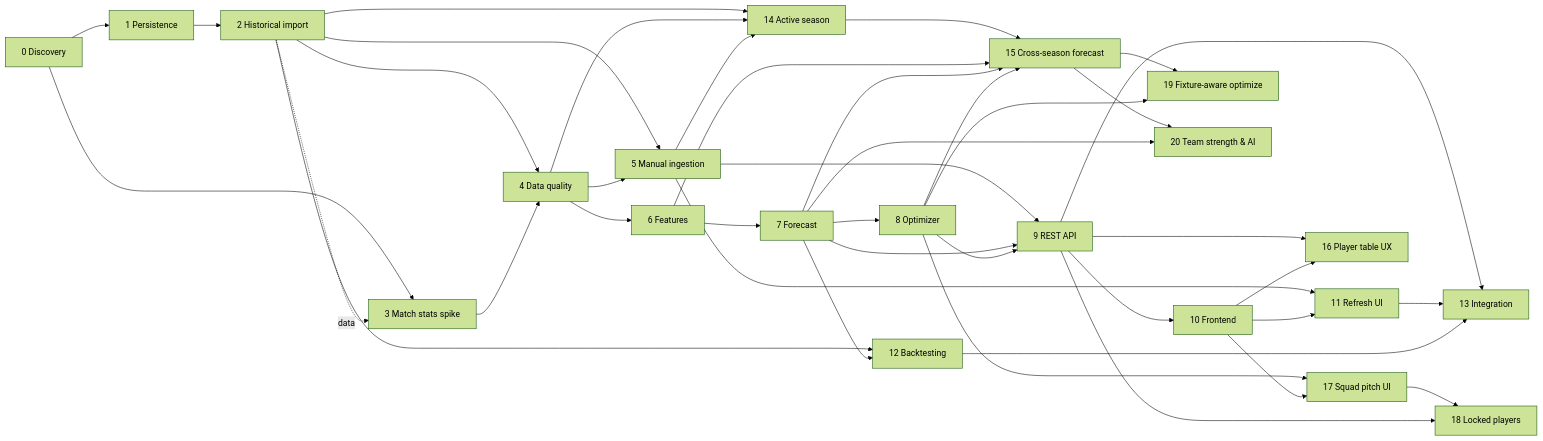
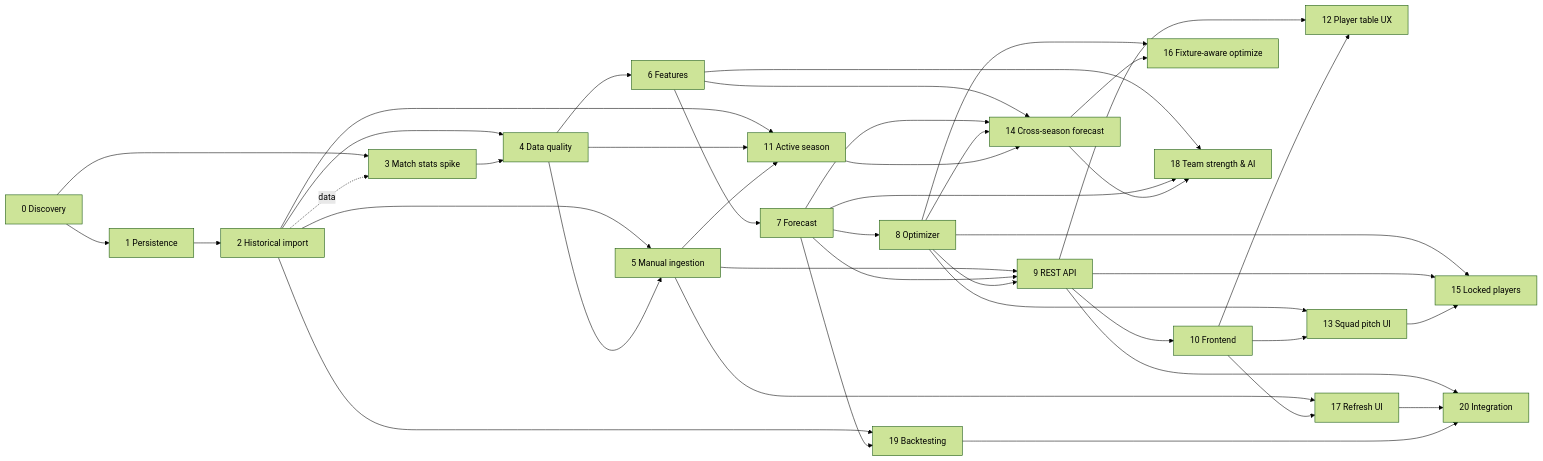
The diagram in docs/development-plan.md (smokebeliu/fantasy-analytic), drawn with Mermaid (forest theme) before and after one commit. The commit also changed other lines of this file and 1 other file, not shown here.

````diff
--- a/docs/development-plan.md
+++ b/docs/development-plan.md
@@ -134,42 +136,44 @@
 ```mermaid
 flowchart LR
     S0[0 Discovery] --> S1[1 Persistence]
     S0 --> S3[3 Match stats spike]
     S1 --> S2[2 Historical import]
     S2 -. data .-> S3
     S2 --> S4[4 Data quality]
     S3 --> S4
     S2 --> S5[5 Manual ingestion]
     S4 --> S5
     S4 --> S6[6 Features]
     S6 --> S7[7 Forecast]
     S7 --> S8[8 Optimizer]
     S5 --> S9[9 REST API]
     S7 --> S9
     S8 --> S9
     S9 --> S10[10 Frontend]
-    S5 --> S11[11 Refresh UI]
-    S10 --> S11
-    S2 --> S12[12 Backtesting]
-    S7 --> S12
-    S9 --> S13[13 Integration]
-    S11 --> S13
-    S12 --> S13
-    S2 --> S14[14 Active season]
-    S4 --> S14
-    S5 --> S14
-    S14 --> S15[15 Cross-season forecast]
-    S6 --> S15
-    S7 --> S15
-    S8 --> S15
-    S9 --> S16[16 Player table UX]
-    S10 --> S16
-    S8 --> S17[17 Squad pitch UI]
+    S2 --> S11[11 Active season]
+    S4 --> S11
+    S5 --> S11
+    S9 --> S12[12 Player table UX]
+    S10 --> S12
+    S8 --> S13[13 Squad pitch UI]
+    S10 --> S13
+    S6 --> S14[14 Cross-season forecast]
+    S7 --> S14
+    S8 --> S14
+    S11 --> S14
+    S8 --> S15[15 Locked players]
+    S9 --> S15
+    S13 --> S15
+    S8 --> S16[16 Fixture-aware optimize]
+    S14 --> S16
+    S5 --> S17[17 Refresh UI]
     S10 --> S17
-    S17 --> S18[18 Locked players]
-    S9 --> S18
-    S15 --> S19[19 Fixture-aware optimize]
-    S8 --> S19
-    S15 --> S20[20 Team strength & AI]
-    S7 --> S20
+    S6 --> S18[18 Team strength & AI]
+    S7 --> S18
+    S14 --> S18
+    S2 --> S19[19 Backtesting]
+    S7 --> S19
+    S9 --> S20[20 Integration]
+    S17 --> S20
+    S19 --> S20
 ```
````
